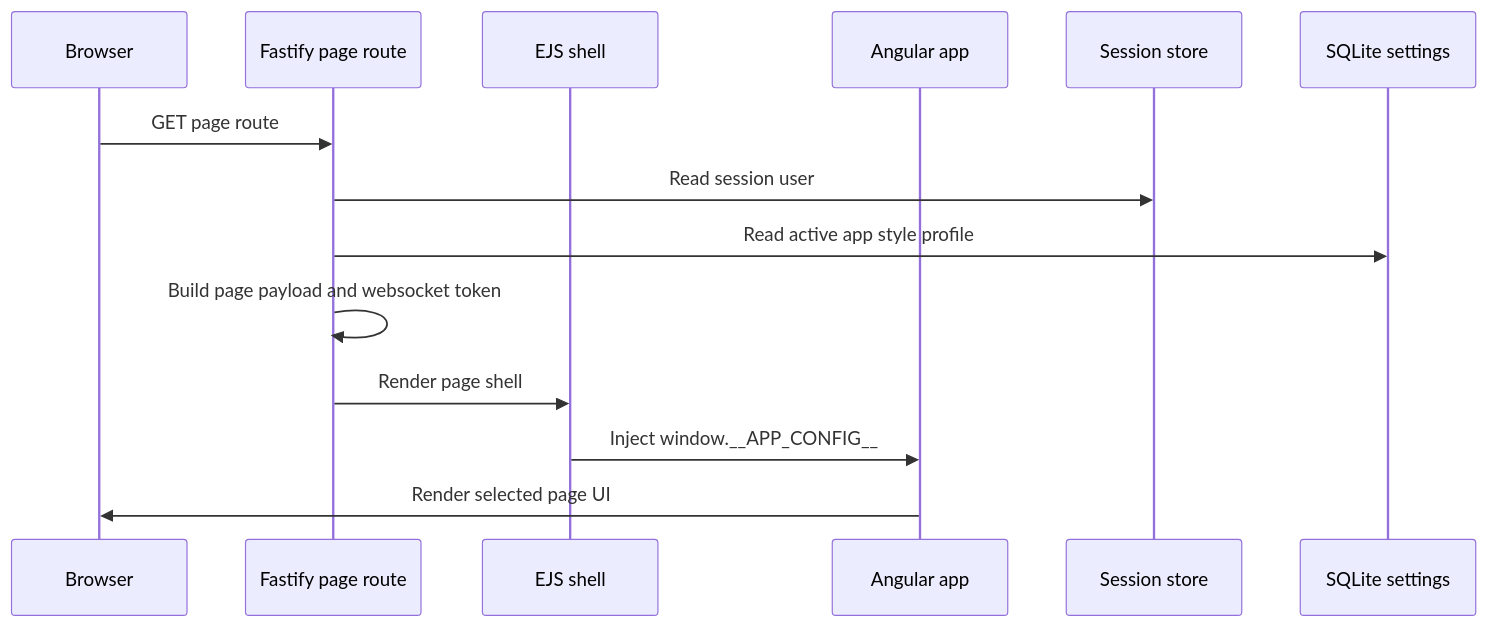
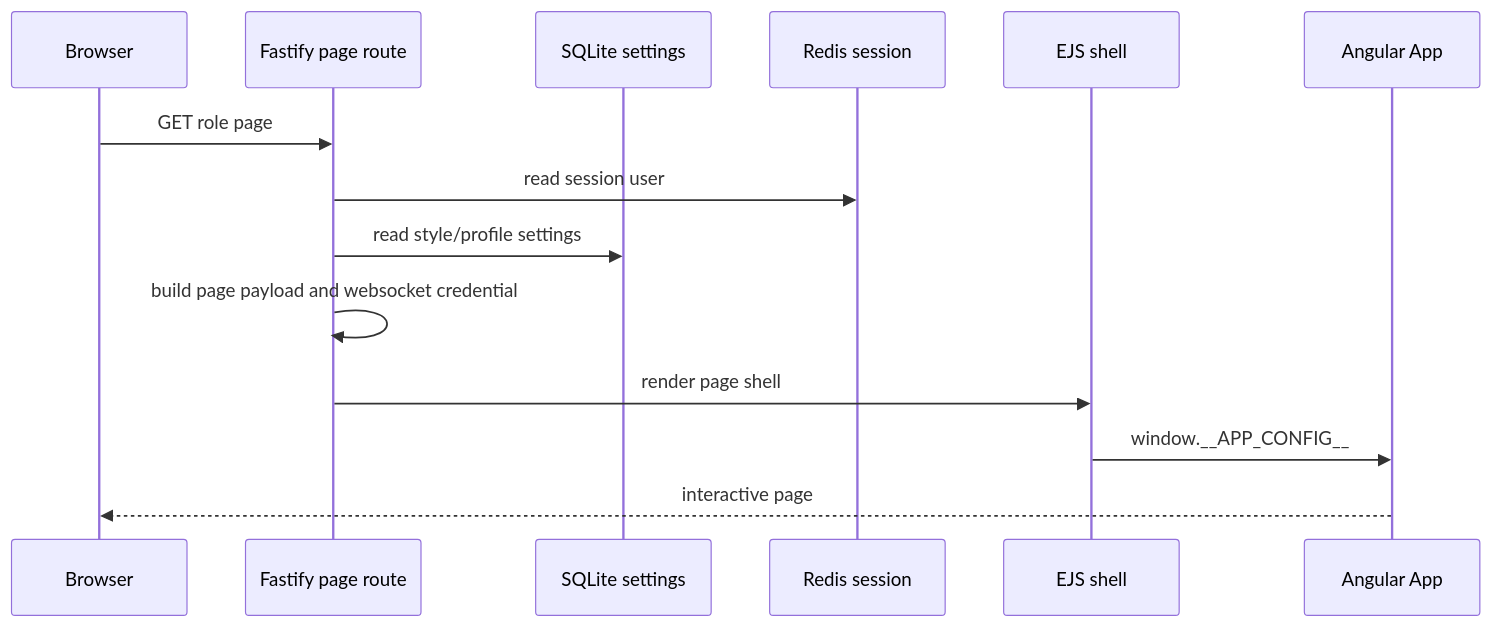
The second of 4 diagrams in .sdd/docs/architecture.md (lad75020/Rungis), drawn with Mermaid before and after one commit. The commit also changed other lines of this file and 5 other files, not shown here.

Commit message:
architecture docs

````diff
--- a/.sdd/docs/architecture.md
+++ b/.sdd/docs/architecture.md
@@ -151,17 +170,17 @@
 ```mermaid
 sequenceDiagram
-    participant B as Browser
-    participant F as Fastify page route
-    participant E as EJS shell
-    participant A as Angular app
-    participant S as Session store
-    participant Q as SQLite settings
+    participant Browser
+    participant PageRoute as Fastify page route
+    participant Settings as SQLite settings
+    participant Session as Redis session
+    participant EJS as EJS shell
+    participant Angular as Angular App
 
-    B->>F: GET page route
-    F->>S: Read session user
-    F->>Q: Read active app style profile
-    F->>F: Build page payload and websocket token
-    F->>E: Render page shell
-    E->>A: Inject window.__APP_CONFIG__
-    A->>B: Render selected page UI
+    Browser->>PageRoute: GET role page
+    PageRoute->>Session: read session user
+    PageRoute->>Settings: read style/profile settings
+    PageRoute->>PageRoute: build page payload and websocket credential
+    PageRoute->>EJS: render page shell
+    EJS->>Angular: window.__APP_CONFIG__
+    Angular-->>Browser: interactive page
 ```
````
